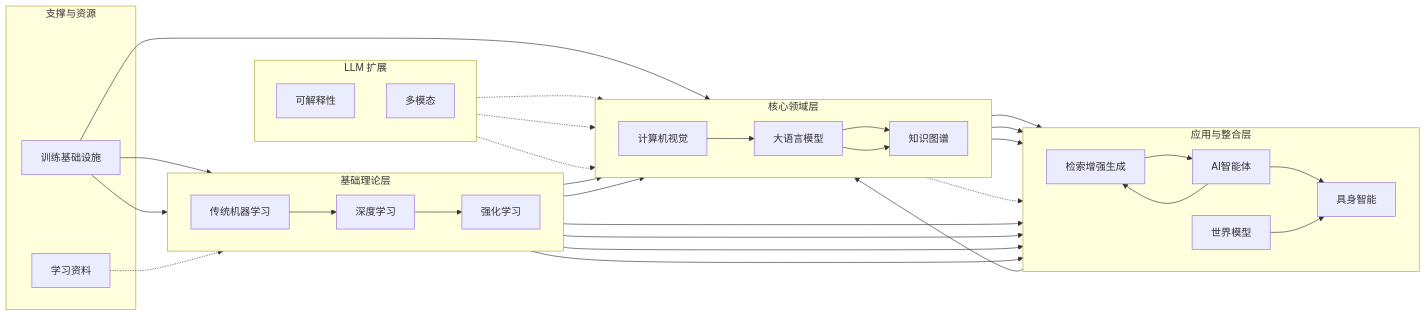
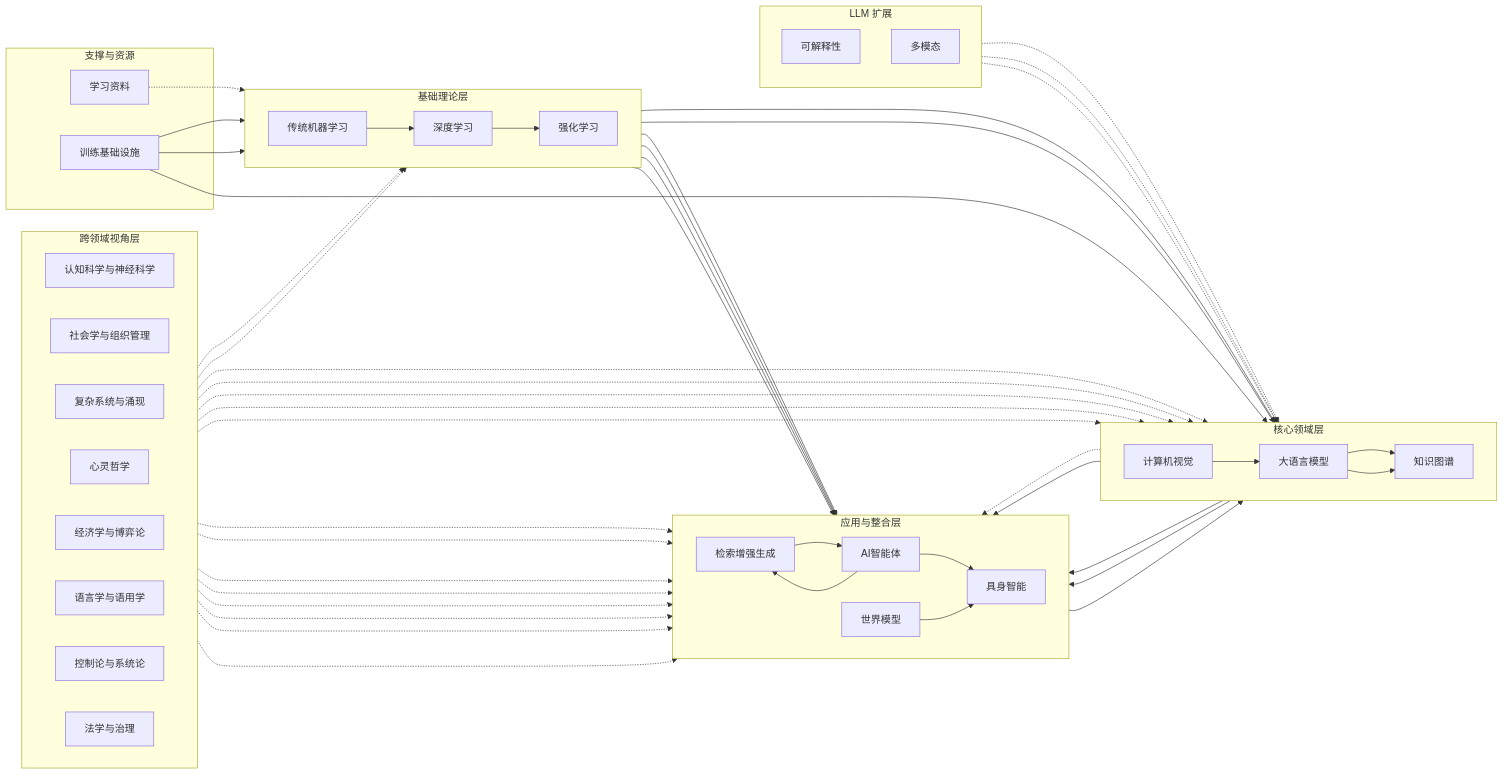
One commit to wenyuexin/MachineLearning changed the diagram in README.md. Above: the diagram before and after it, drawn with Mermaid. The commit also changed other lines of this file and 16 other files, not shown here.

````diff
--- a/README.md
+++ b/README.md
@@ -77,6 +80,19 @@
     direction TB
     LLM_EX[可解释性]
     LLM_MM[多模态]
+  end
+
+  %% ========== 跨领域视角 ==========
+  subgraph Interdisciplinary [跨领域视角层]
+    direction LR
+    COG[认知科学与神经科学]
+    SOC[社会学与组织管理]
+    CXS[复杂系统与涌现]
+    POM[心灵哲学]
+    ECO[经济学与博弈论]
+    LIN[语言学与语用学]
+    CBR[控制论与系统论]
+    LAW[法学与治理]
   end
 
   %% ========== 支撑与资源 ==========
@@ -118,6 +134,23 @@
   TI --> LLM
   TI --> RL
 
+  %% -------- 跨领域视角横向映射 --------
+  COG -.-> DL
+  COG -.-> LLM
+  COG -.-> AG
+  SOC -.-> AG
+  SOC -.-> EI
+  CXS -.-> LLM
+  CXS -.-> AG
+  POM -.-> LLM
+  ECO -.-> AG
+  LIN -.-> LLM
+  LIN -.-> AG
+  CBR -.-> RL
+  CBR -.-> EI
+  LAW -.-> LLM
+  LAW -.-> AG
+
   %% 学习资料全局引用，用一条虚线指向基础层
   LM -.-> Foundation
 ```
````
